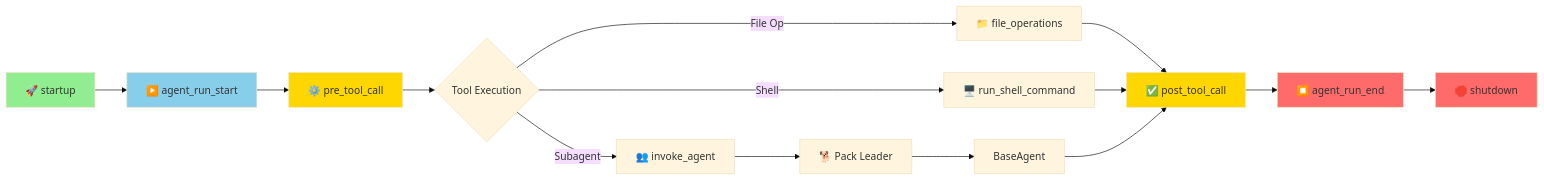
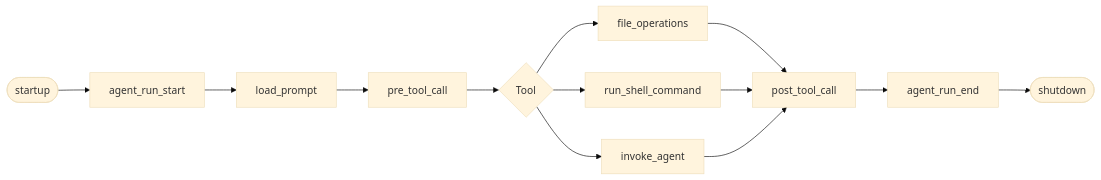
One commit to asx8678/code_puppy changed the fifth of 7 diagrams in architecture_mermaid.md. Above: the diagram before and after it, drawn with Mermaid (base theme). The commit also changed other lines of this file, not shown here.

Commit message:
docs: update architecture UML — post Elixir migration, Zig removed

````diff
--- a/architecture_mermaid.md
+++ b/architecture_mermaid.md
@@ -189,26 +222,15 @@
 ```mermaid
 flowchart LR
-    Startup["🚀 startup"] --> RunStart["▶️ agent_run_start"]
-    RunStart --> PreTool["⚙️ pre_tool_call"]
-    PreTool --> ToolExec{"Tool Execution"}
-    
-    ToolExec -->|File Op| File["📁 file_operations"]
-    ToolExec -->|Shell| Shell["🖥️ run_shell_command"]
-    ToolExec -->|Subagent| Invoke["👥 invoke_agent"]
-    
-    File --> PostTool["✅ post_tool_call"]
-    Shell --> PostTool
-    Invoke --> Pack["🐕 Pack Leader"]
-    Pack --> Sub["BaseAgent"]
-    Sub --> PostTool
-    
-    PostTool --> RunEnd["⏹️ agent_run_end"]
-    RunEnd --> Shutdown["🛑 shutdown"]
-    
-    style Startup fill:#90EE90
-    style RunStart fill:#87CEEB
-    style PreTool fill:#FFD700
-    style PostTool fill:#FFD700
-    style RunEnd fill:#FF6B6B
-    style Shutdown fill:#FF6B6B
+    Start([startup]) --> RS[agent_run_start]
+    RS --> LoadP[load_prompt]
+    LoadP --> PreTool[pre_tool_call]
+    PreTool --> Exec{Tool}
+    Exec --> FO[file_operations]
+    Exec --> SH[run_shell_command]
+    Exec --> IA[invoke_agent]
+    FO --> PostTool[post_tool_call]
+    SH --> PostTool
+    IA --> PostTool
+    PostTool --> RE[agent_run_end]
+    RE --> Shutdown([shutdown])
 ```
````
